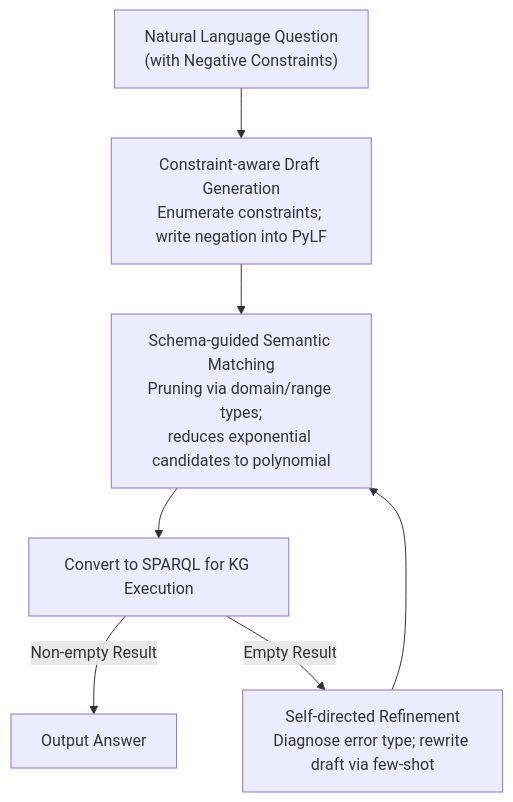
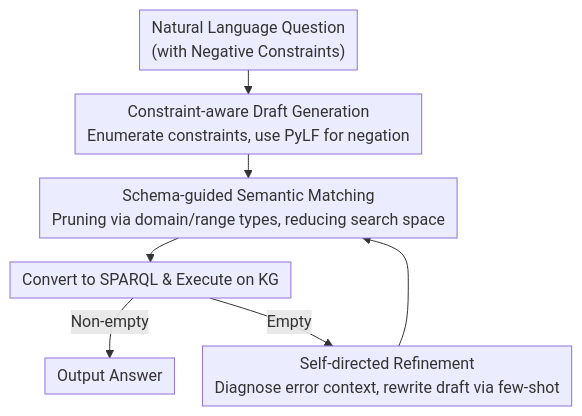
The diagram in docs/ACL2026/graph_learning/which_bird_does_not_have_wings_negative-constrained_kgqa_with_schema-guided_sema.md (zhaoyang97/Paper-Notes-en), drawn with Mermaid before and after one commit. The commit also changed other lines of this file and 5084 other files, not shown here.

````diff
--- a/docs/ACL2026/graph_learning/which_bird_does_not_have_wings_negative-constrained_kgqa_with_schema-guided_sema.md
+++ b/docs/ACL2026/graph_learning/which_bird_does_not_have_wings_negative-constrained_kgqa_with_schema-guided_sema.md
@@ -44,9 +44,10 @@
 ```mermaid
-graph TD
-    A["Natural Language Question<br/>(with Negative Constraints)"] --> B["Constraint-aware Draft Generation<br/>Enumerate constraints; write negation into PyLF"]
-    B --> C["Schema-guided Semantic Matching<br/>Pruning via domain/range types;<br/>reduces exponential candidates to polynomial"]
-    C --> D["Convert to SPARQL for KG Execution"]
-    D -->|Non-empty Result| E["Output Answer"]
-    D -->|Empty Result| F["Self-directed Refinement<br/>Diagnose error type; rewrite draft via few-shot"]
+%%{init: {'flowchart': {'rankSpacing': 24, 'nodeSpacing': 28, 'padding': 6, 'wrappingWidth': 400}}}%%
+flowchart TD
+    A["Natural Language Question<br/>(with Negative Constraints)"] --> B["Constraint-aware Draft Generation<br/>Enumerate constraints, use PyLF for negation"]
+    B --> C["Schema-guided Semantic Matching<br/>Pruning via domain/range types, reducing search space"]
+    C --> D["Convert to SPARQL & Execute on KG"]
+    D -->|Non-empty| E["Output Answer"]
+    D -->|Empty| F["Self-directed Refinement<br/>Diagnose error context, rewrite draft via few-shot"]
     F --> C
 ```
````
